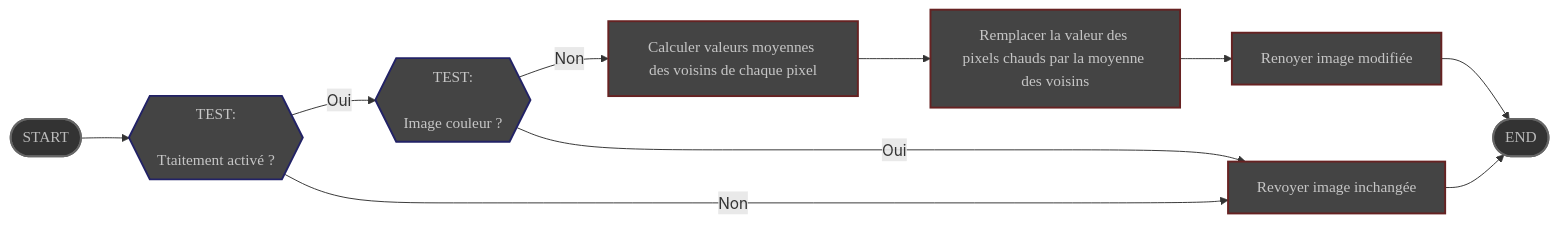
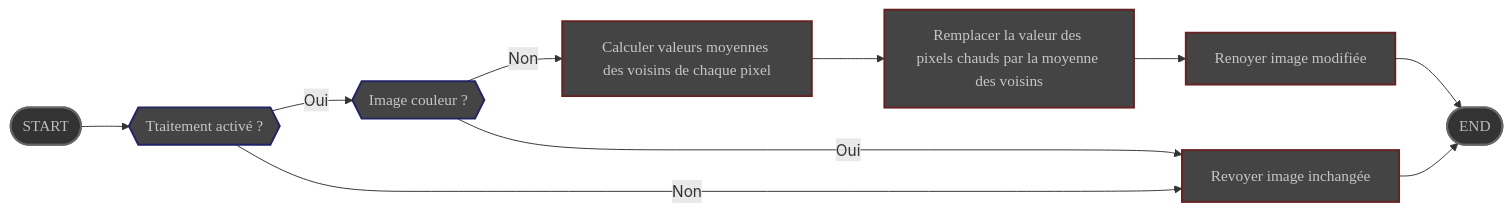
Before and after one commit to deufrai/als: the diagram in content/fr/docs/v0.7/reference/modules/preprocess/hot_remove.md, drawn with Mermaid. The commit also changed other lines of this file and 5 other files, not shown here.

Commit message:
add flowchart for dark subtraction process

````diff
--- a/content/fr/docs/v0.7/reference/modules/preprocess/hot_remove.md
+++ b/content/fr/docs/v0.7/reference/modules/preprocess/hot_remove.md
@@ -40,40 +40,40 @@
 ```mermaid
 graph LR
 
     START([START])
     
-    TEST_ENABLED{{TEST:<br><br>Ttaitement activé ?}}
-    TEST_COLOR{{TEST:<br><br>Image couleur ?}}
+    TEST_ENABLED{{Ttaitement activé ?}}
+    TEST_COLOR{{Image couleur ?}}
     
     COMPUTE[Calculer valeurs moyennes des voisins de chaque pixel]
     REPLACE[Remplacer la valeur des pixels chauds par la moyenne des voisins]
     
     RETURN[Renoyer image modifiée]
     UNCHANGED[Revoyer image inchangée]
     
     END([END])
     
     START --> TEST_ENABLED
     TEST_ENABLED -->|Oui| TEST_COLOR
     TEST_COLOR ---->|Oui| UNCHANGED
     TEST_ENABLED ---->|Non| UNCHANGED
     TEST_COLOR -->|Non| COMPUTE
     COMPUTE --> REPLACE
     REPLACE --> RETURN
     RETURN --> END
     UNCHANGED --> END
     
     classDef bounds fill: #333, stroke: #666, stroke-width: 2px, color: #BBB, font-family: 'Poppins', sans-serif
     classDef step fill: #444, stroke: #622, stroke-width:2px, color: #c6c6c6, font-family: 'Poppins',sans-serif
     classDef wait  fill: #444, stroke: #262,stroke-width: 2px, color: #c6c6c6, font-family:'Poppins', sans-serif
     classDef test fill: #444, stroke: #226, stroke-width: 2px, color: #c6c6c6, font-family: 'Poppins', sans-serif
     
     class START bounds
     class TEST_ENABLED test
     class TEST_COLOR test
     class COMPUTE step
     class UNCHANGED step
     class REPLACE step
     class RETURN step
     class END bounds
 ```
````
